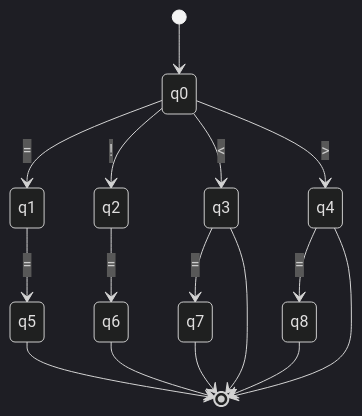
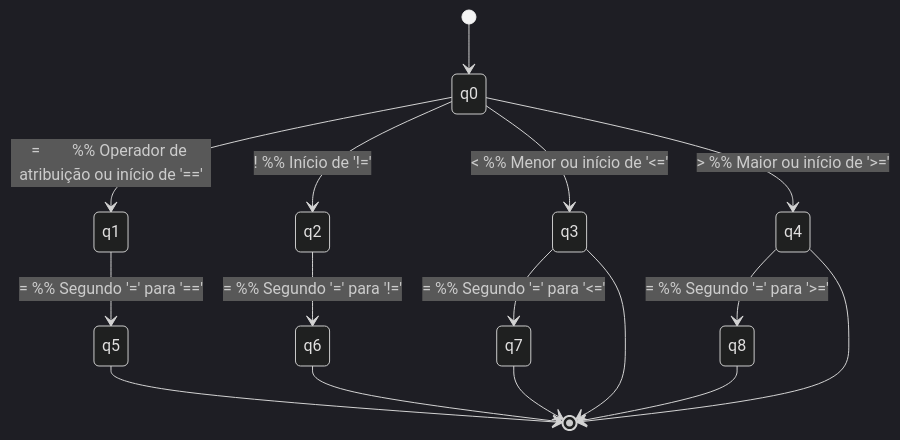
The fifth of 6 diagrams in afds.md (vikkev/Apollo-Language), drawn with Mermaid (dark theme) before and after one commit. The commit also changed other lines of this file and 9 other files, not shown here.

Commit message:
Comentários e Diagrama AFD final

````diff
--- a/afds.md
+++ b/afds.md
@@ -48,18 +48,18 @@
 ```mermaid
 stateDiagram-v2
-    [*] --> q0
-    q0 --> q1 : =
-    q0 --> q2 : !
-    q0 --> q3 : <
-    q0 --> q4 : >
-    q1 --> q5 : =
-    q2 --> q6 : =
-    q3 --> q7 : =
-    q3 --> [*]
-    q4 --> q8 : =
-    q4 --> [*]
-    q5 --> [*]
-    q6 --> [*]
-    q7 --> [*]
-    q8 --> [*]
+    [*] --> q0           %% Início do autômato
+    q0 --> q1 : =        %% Operador de atribuição ou início de '=='
+    q0 --> q2 : !        %% Início de '!='
+    q0 --> q3 : <        %% Menor ou início de '<='
+    q0 --> q4 : >        %% Maior ou início de '>='
+    q1 --> q5 : =        %% Segundo '=' para '=='
+    q2 --> q6 : =        %% Segundo '=' para '!='
+    q3 --> q7 : =        %% Segundo '=' para '<='
+    q3 --> [*]           %% Menor
+    q4 --> q8 : =        %% Segundo '=' para '>='
+    q4 --> [*]           %% Maior
+    q5 --> [*]           %% '=='
+    q6 --> [*]           %% '!='
+    q7 --> [*]           %% '<='
+    q8 --> [*]           %% '>='
 ```
````
